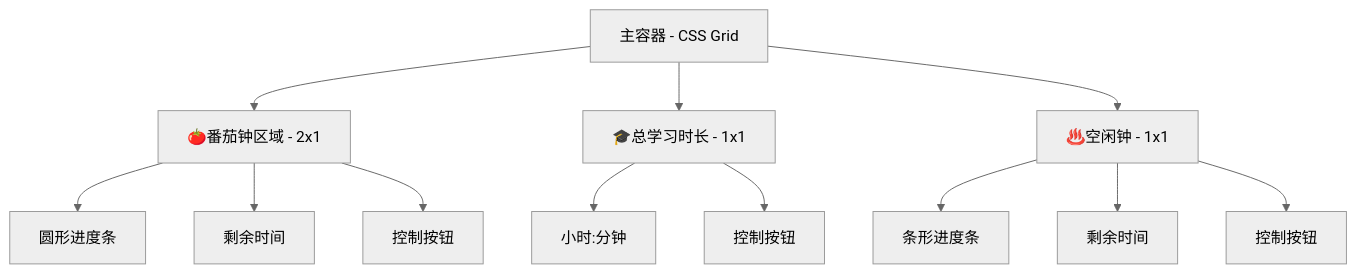
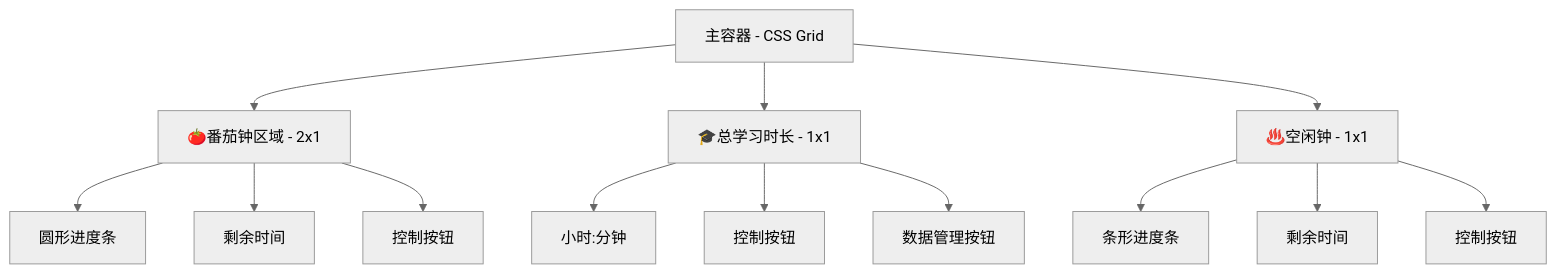
The first of 3 diagrams in docs/design.md (PJ-568/time-of-studying), drawn with Mermaid (neutral theme) before and after one commit. The commit also changed other lines of this file and 1 other file, not shown here.

First line of the commit message:
【文档】添加数据管理功能说明与图表节点

````diff
--- a/docs/design.md
+++ b/docs/design.md
@@ -69,17 +70,18 @@
 ```mermaid
 graph TD
     A[主容器 - CSS Grid] --> B[🍅番茄钟区域 - 2x1];
     A --> C[🎓总学习时长 - 1x1];
     A --> D[♨️空闲钟 - 1x1];
 
     B --> B1[圆形进度条];
     B --> B2[剩余时间];
     B --> B3[控制按钮];
 
     C --> C1["小时:分钟"];
     C --> C2[控制按钮];
+    C --> C3[数据管理按钮];
 
     D --> D1[条形进度条];
     D --> D2[剩余时间];
     D --> D3[控制按钮];
 ```
````
